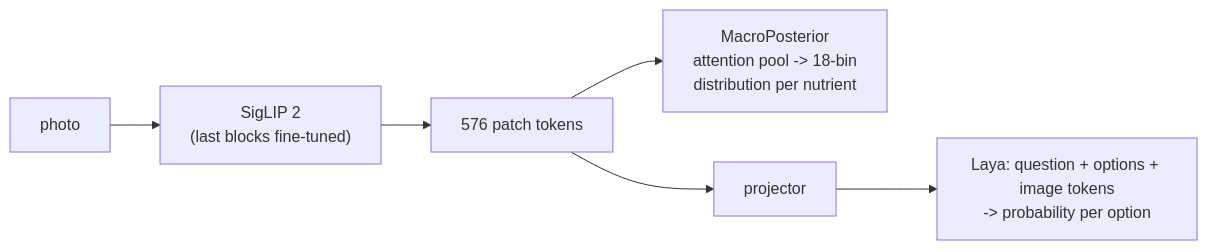
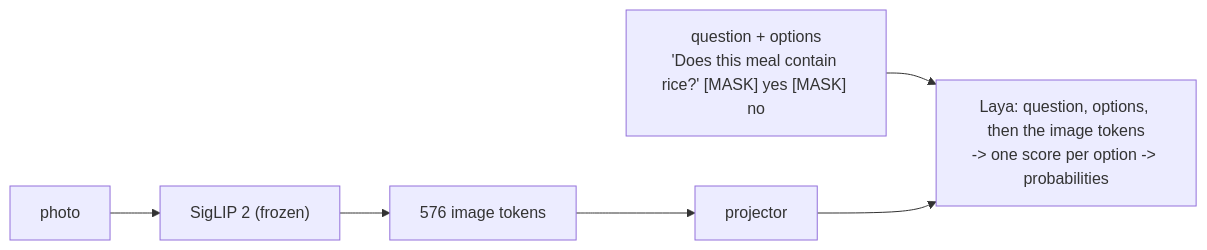
One commit to Aquos06/LayaMacro changed the diagram in README.md. Above: the diagram before and after it, drawn with Mermaid. The commit also changed other lines of this file and 6 other files, not shown here.

First line of the commit message:
Release multi-task Laya: nutrition + food questions; MacroPosterior out of the docs

````diff
--- a/README.md
+++ b/README.md
@@ -53,8 +64,8 @@
 ```mermaid
 flowchart LR
-    P[photo] --> S["SigLIP 2<br/>(last blocks fine-tuned)"]
-    S --> T[576 patch tokens]
-    T --> MP["MacroPosterior<br/>attention pool -> 18-bin<br/>distribution per nutrient"]
+    P[photo] --> S["SigLIP 2 (frozen)"]
+    S --> T[576 image tokens]
     T --> PR[projector]
-    PR --> L["Laya: question + options + image tokens<br/>-> probability per option"]
+    Q["question + options<br/>'Does this meal contain rice?' [MASK] yes [MASK] no"] --> L
+    PR --> L["Laya: question, options, then the image tokens<br/>-> one score per option -> probabilities"]
 ```
````
